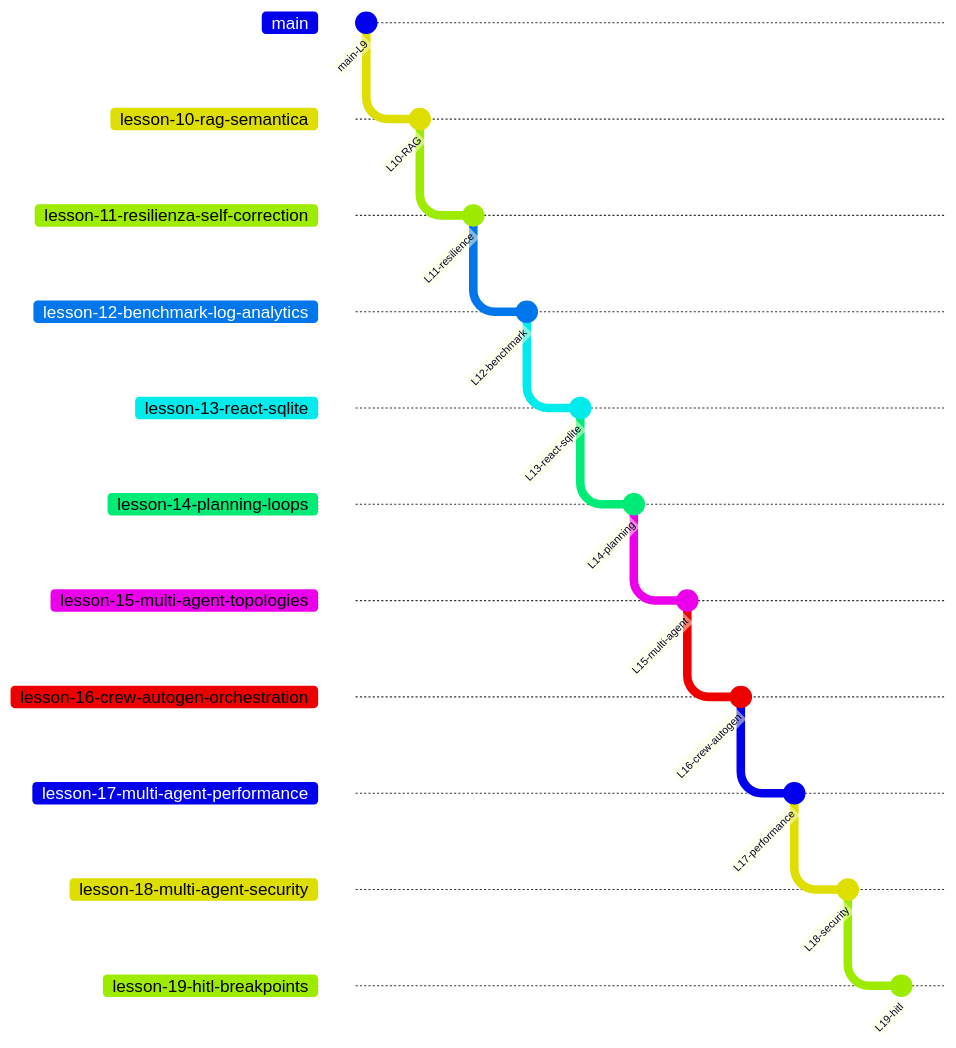
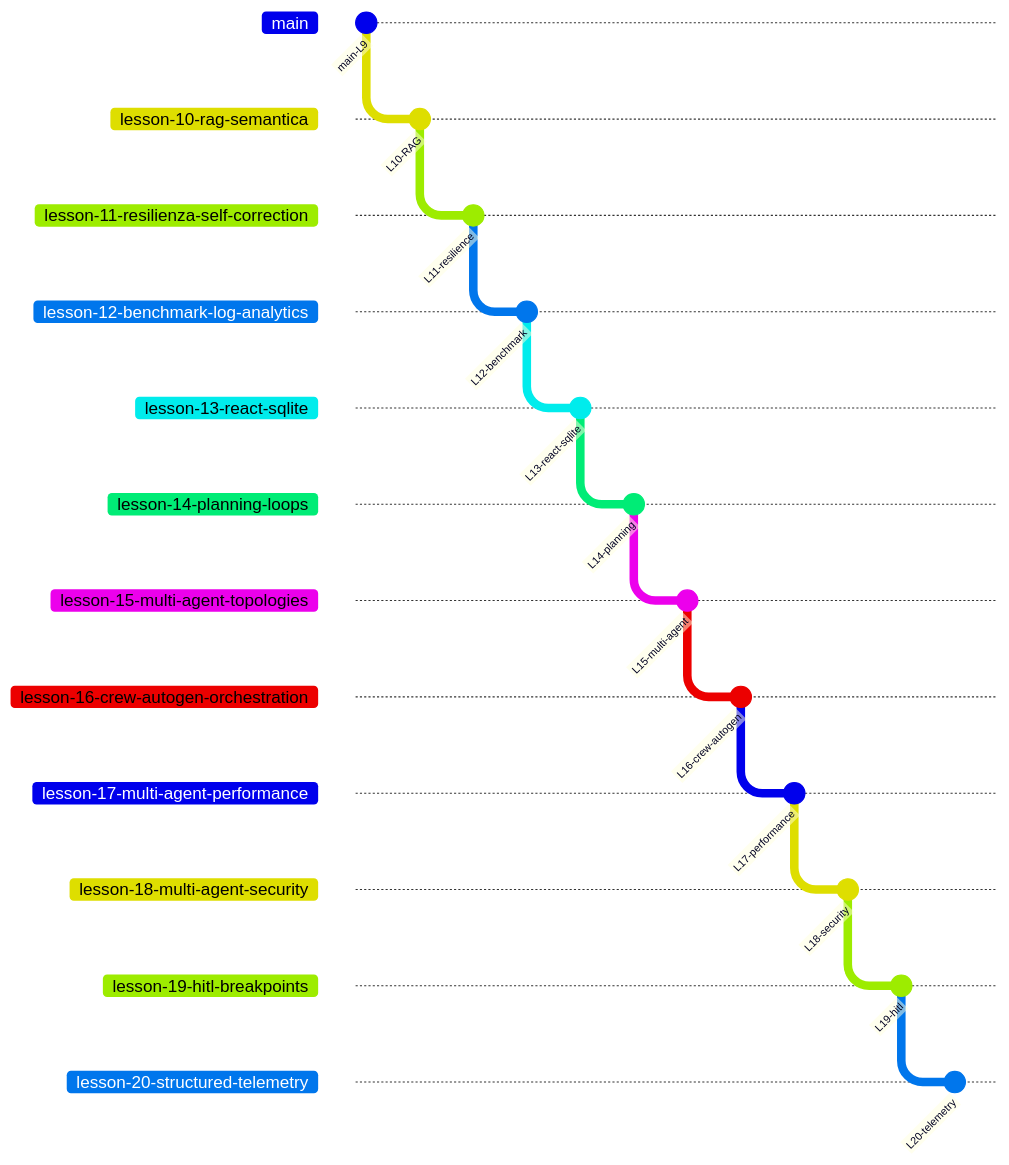
Before and after one commit to Impesud/agentic-triage-system: the diagram in docs/CORSO_LEZIONI.md, drawn with Mermaid. The commit also changed other lines of this file and 32 other files, not shown here.

````diff
--- a/docs/CORSO_LEZIONI.md
+++ b/docs/CORSO_LEZIONI.md
@@ -24,34 +25,37 @@
 ```mermaid
 gitGraph
   commit id: "main-L9"
   branch lesson-10-rag-semantica
   checkout lesson-10-rag-semantica
   commit id: "L10-RAG"
   branch lesson-11-resilienza-self-correction
   checkout lesson-11-resilienza-self-correction
   commit id: "L11-resilience"
   branch lesson-12-benchmark-log-analytics
   checkout lesson-12-benchmark-log-analytics
   commit id: "L12-benchmark"
   branch lesson-13-react-sqlite
   checkout lesson-13-react-sqlite
   commit id: "L13-react-sqlite"
   branch lesson-14-planning-loops
   checkout lesson-14-planning-loops
   commit id: "L14-planning"
   branch lesson-15-multi-agent-topologies
   checkout lesson-15-multi-agent-topologies
   commit id: "L15-multi-agent"
   branch lesson-16-crew-autogen-orchestration
   checkout lesson-16-crew-autogen-orchestration
   commit id: "L16-crew-autogen"
   branch lesson-17-multi-agent-performance
   checkout lesson-17-multi-agent-performance
   commit id: "L17-performance"
   branch lesson-18-multi-agent-security
   checkout lesson-18-multi-agent-security
   commit id: "L18-security"
   branch lesson-19-hitl-breakpoints
   checkout lesson-19-hitl-breakpoints
   commit id: "L19-hitl"
+  branch lesson-20-structured-telemetry
+  checkout lesson-20-structured-telemetry
+  commit id: "L20-telemetry"
 ```
````
